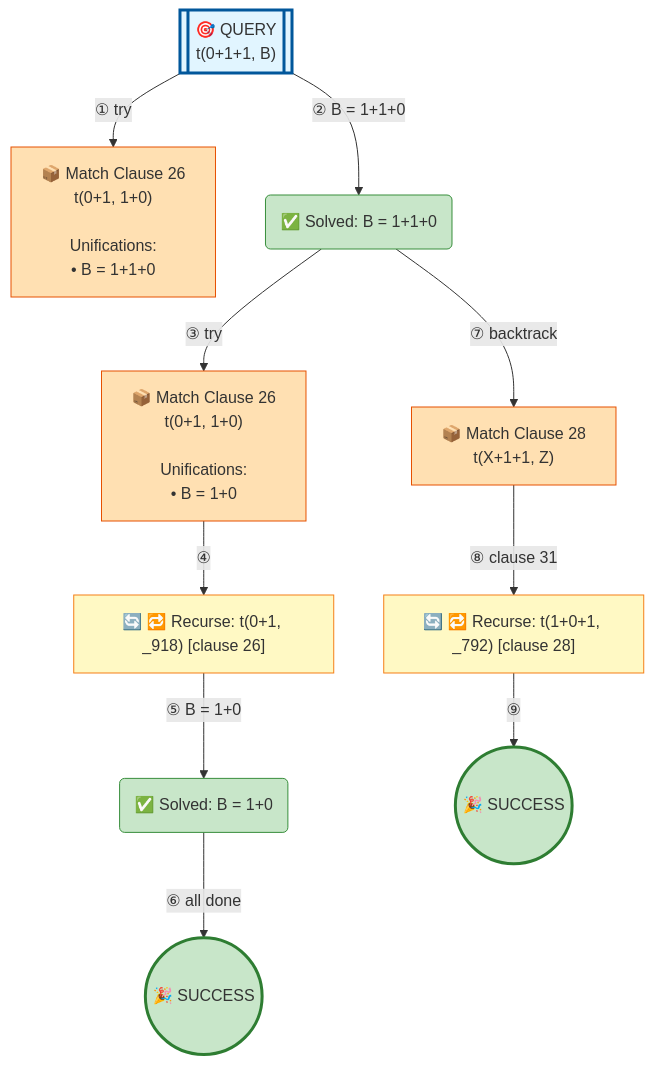
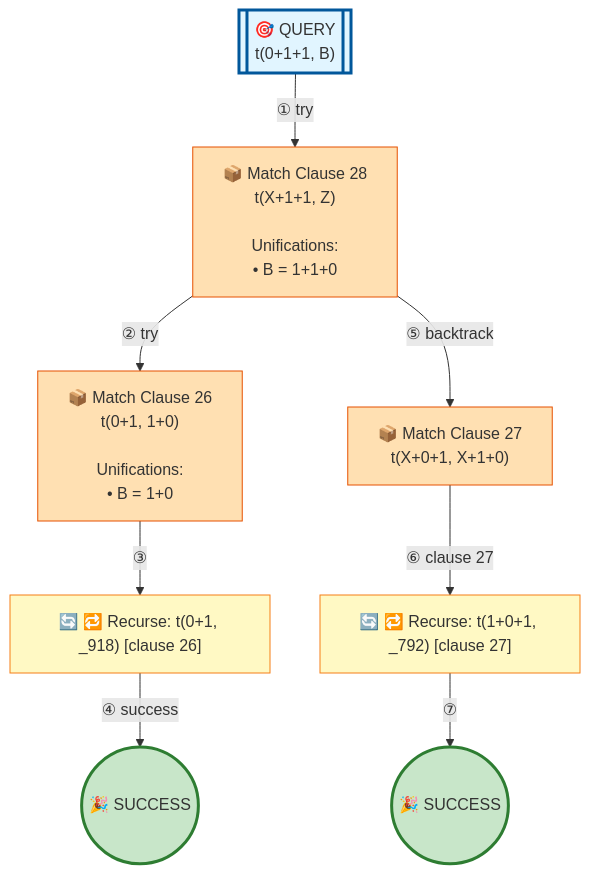
The diagram in examples/3_3_operators-detailed.md (jarecsni/prolog-trace-viz), drawn with Mermaid before and after one commit. The commit also changed other lines of this file and 24 other files, not shown here.

````diff
--- a/examples/3_3_operators-detailed.md
+++ b/examples/3_3_operators-detailed.md
@@ -19,38 +19,32 @@
 ```mermaid
 graph TD
 
 %% Nodes
 A[["🎯 QUERY<br/>t(0+1+1, B)"]]
-B["📦 Match Clause 26<br/>t(0+1, 1+0)<br/><br/>Unifications:<br/>• B = 1+1+0"]
-C("✅ Solved: B = 1+1+0")
-D["🔄 🔁 Recurse: t(0+1, _918) [clause 26]"]
-E["📦 Match Clause 26<br/>t(0+1, 1+0)<br/><br/>Unifications:<br/>• B = 1+0"]
-F("✅ Solved: B = 1+0")
-G(("🎉 SUCCESS"))
-H["📦 Match Clause 28<br/>t(X+1+1, Z)"]
-I["🔄 🔁 Recurse: t(1+0+1, _792) [clause 28]"]
-J(("🎉 SUCCESS"))
+B["📦 Match Clause 28<br/>t(X+1+1, Z)<br/><br/>Unifications:<br/>• B = 1+1+0"]
+C["🔄 🔁 Recurse: t(0+1, _918) [clause 26]"]
+D["📦 Match Clause 26<br/>t(0+1, 1+0)<br/><br/>Unifications:<br/>• B = 1+0"]
+E(("🎉 SUCCESS"))
+F["📦 Match Clause 27<br/>t(X+0+1, X+1+0)"]
+G["🔄 🔁 Recurse: t(1+0+1, _792) [clause 27]"]
+H(("🎉 SUCCESS"))
 
 %% Edges
 A -->|"① try"| B
-A -->|"② B = 1+1+0"| C
-C -->|"③ try"| E
-E -->|"④"| D
-D -->|"⑤ B = 1+0"| F
-F -->|"⑥ all done"| G
-C -->|"⑦ backtrack"| H
-H -->|"⑧ clause 31"| I
-I -->|"⑨"| J
+B -->|"② try"| D
+D -->|"③"| C
+C -->|"④ success"| E
+B -->|"⑤ backtrack"| F
+F -->|"⑥ clause 27"| G
+G -->|"⑦"| H
 
 %% Styles
 style A fill:#e1f5ff,stroke:#01579b,stroke-width:3px
 style B fill:#ffe0b2,stroke:#e65100
-style C fill:#c8e6c9,stroke:#388e3c
-style D fill:#fff9c4,stroke:#f57f17
-style E fill:#ffe0b2,stroke:#e65100
-style F fill:#c8e6c9,stroke:#388e3c
-style G fill:#c8e6c9,stroke:#2e7d32,stroke-width:3px
-style H fill:#ffe0b2,stroke:#e65100
-style I fill:#fff9c4,stroke:#f57f17
-style J fill:#c8e6c9,stroke:#2e7d32,stroke-width:3px
+style C fill:#fff9c4,stroke:#f57f17
+style D fill:#ffe0b2,stroke:#e65100
+style E fill:#c8e6c9,stroke:#2e7d32,stroke-width:3px
+style F fill:#ffe0b2,stroke:#e65100
+style G fill:#fff9c4,stroke:#f57f17
+style H fill:#c8e6c9,stroke:#2e7d32,stroke-width:3px
 ```
````
